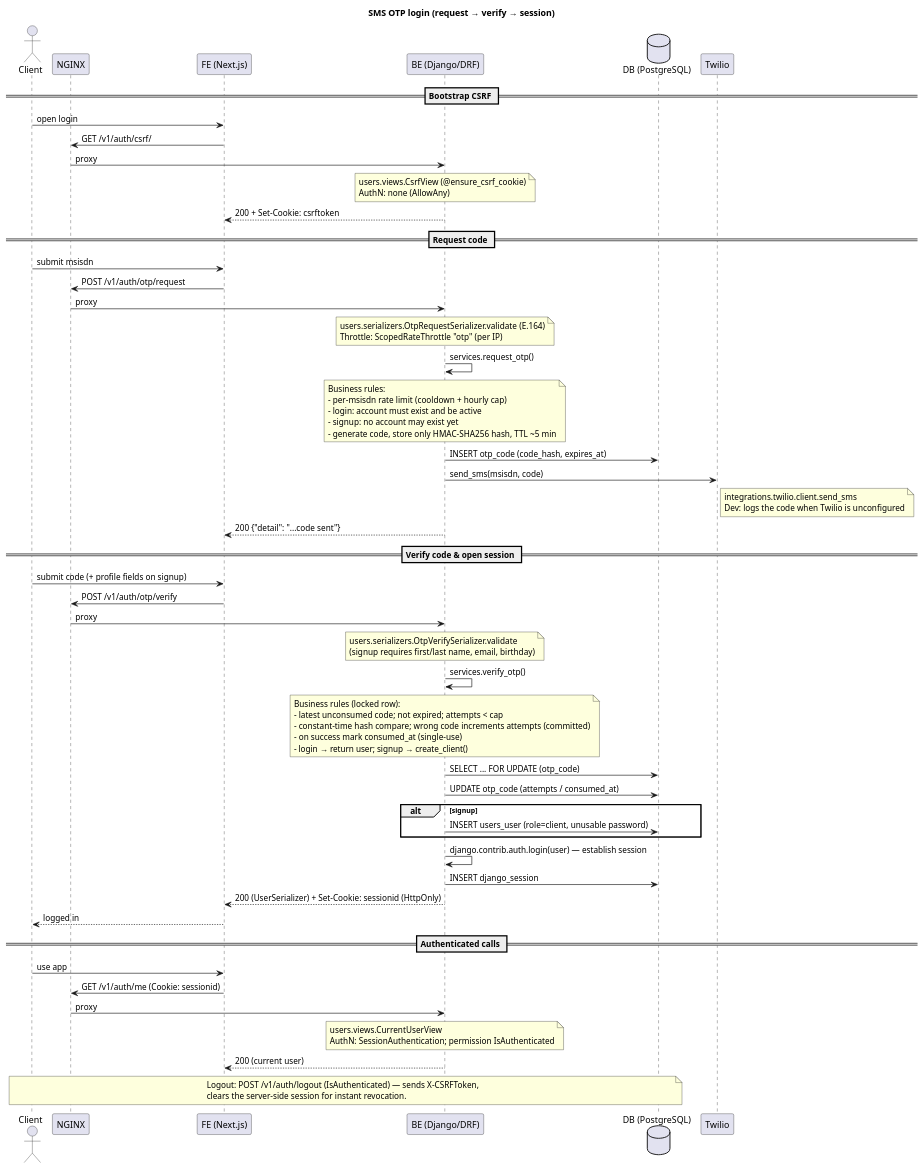
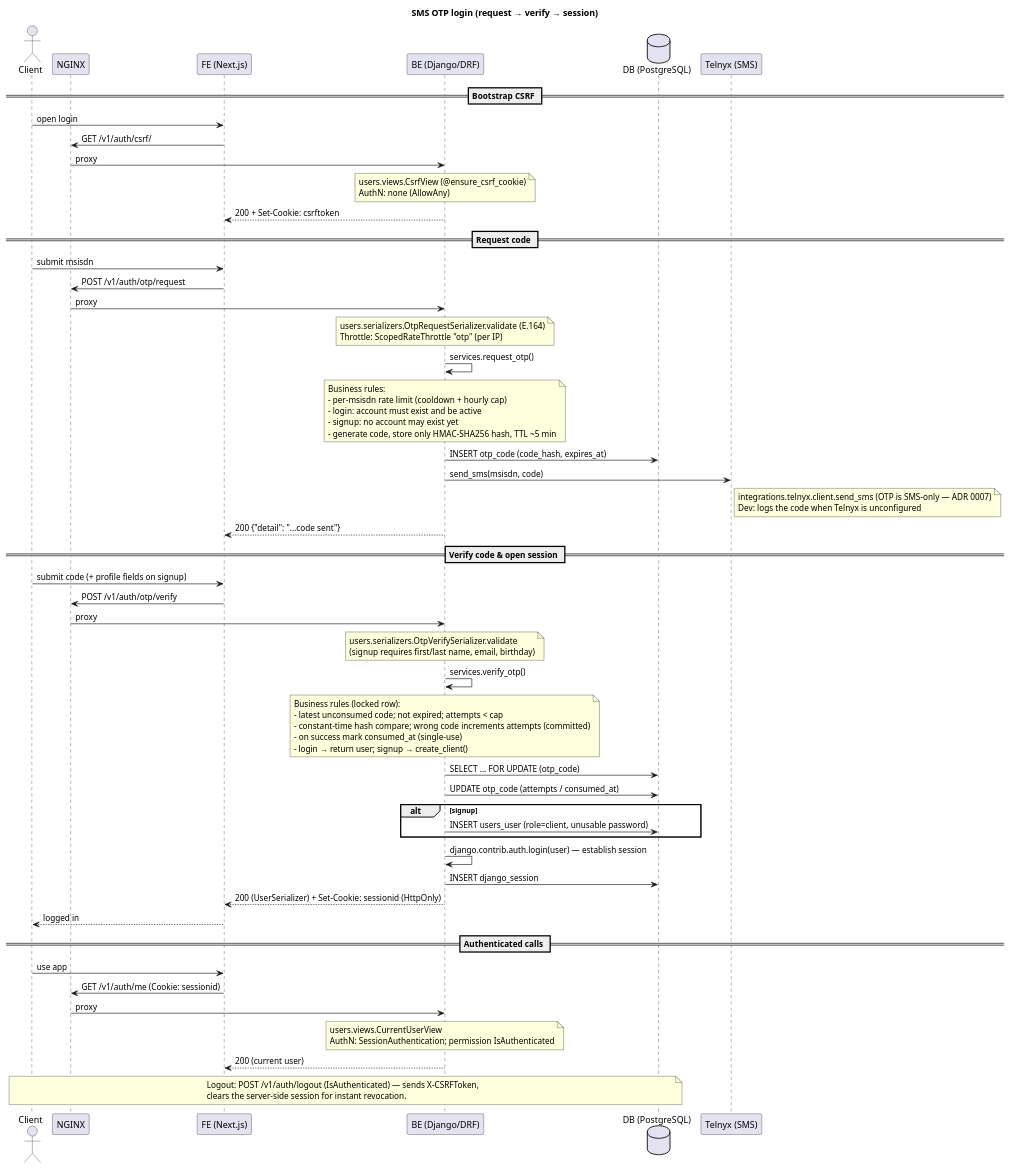
One commit to diogomaia00/beautystudio changed the diagram in docs/flows/login-otp.puml. Above: the diagram before and after it, drawn with PlantUML. The commit also changed 7 other files, not shown here.

Commit message:
doc: added new flows

```diff
--- a/docs/flows/login-otp.puml
+++ b/docs/flows/login-otp.puml
@@ -1,88 +1,88 @@
 @startuml
 title SMS OTP login (request → verify → session)
 
 actor Client
 participant "NGINX" as NGINX
 participant "FE (Next.js)" as FE
 participant "BE (Django/DRF)" as BE
 database "DB (PostgreSQL)" as DB
-participant "Twilio" as SMS
+participant "Telnyx (SMS)" as SMS
 
 ' Same flow serves the client app (/v1/auth) and the BO (/bo/v1/auth);
 ' only authorization differs downstream (ADR 0002 & 0004).
 
 == Bootstrap CSRF ==
 Client -> FE : open login
 FE -> NGINX : GET /v1/auth/csrf/
 NGINX -> BE : proxy
 note over BE
   users.views.CsrfView (@ensure_csrf_cookie)
   AuthN: none (AllowAny)
 end note
 BE --> FE : 200 + Set-Cookie: csrftoken
 
 == Request code ==
 Client -> FE : submit msisdn
 FE -> NGINX : POST /v1/auth/otp/request
 NGINX -> BE : proxy
 note over BE
   users.serializers.OtpRequestSerializer.validate (E.164)
   Throttle: ScopedRateThrottle "otp" (per IP)
 end note
 BE -> BE : services.request_otp()
 note over BE
   Business rules:
   - per-msisdn rate limit (cooldown + hourly cap)
   - login: account must exist and be active
   - signup: no account may exist yet
   - generate code, store only HMAC-SHA256 hash, TTL ~5 min
 end note
 BE -> DB : INSERT otp_code (code_hash, expires_at)
 BE -> SMS : send_sms(msisdn, code)
 note right of SMS
-  integrations.twilio.client.send_sms
-  Dev: logs the code when Twilio is unconfigured
+  integrations.telnyx.client.send_sms (OTP is SMS-only — ADR 0007)
+  Dev: logs the code when Telnyx is unconfigured
 end note
 BE --> FE : 200 {"detail": "...code sent"}
 
 == Verify code & open session ==
 Client -> FE : submit code (+ profile fields on signup)
 FE -> NGINX : POST /v1/auth/otp/verify
 NGINX -> BE : proxy
 note over BE
   users.serializers.OtpVerifySerializer.validate
   (signup requires first/last name, email, birthday)
 end note
 BE -> BE : services.verify_otp()
 note over BE
   Business rules (locked row):
   - latest unconsumed code; not expired; attempts < cap
   - constant-time hash compare; wrong code increments attempts (committed)
   - on success mark consumed_at (single-use)
   - login → return user; signup → create_client()
 end note
 BE -> DB : SELECT ... FOR UPDATE (otp_code)
 BE -> DB : UPDATE otp_code (attempts / consumed_at)
 alt signup
   BE -> DB : INSERT users_user (role=client, unusable password)
 end
 BE -> BE : django.contrib.auth.login(user) — establish session
 BE -> DB : INSERT django_session
 BE --> FE : 200 (UserSerializer) + Set-Cookie: sessionid (HttpOnly)
 FE --> Client : logged in
 
 == Authenticated calls ==
 Client -> FE : use app
 FE -> NGINX : GET /v1/auth/me (Cookie: sessionid)
 NGINX -> BE : proxy
 note over BE
   users.views.CurrentUserView
   AuthN: SessionAuthentication; permission IsAuthenticated
 end note
 BE --> FE : 200 (current user)
 
 note over Client, DB
   Logout: POST /v1/auth/logout (IsAuthenticated) — sends X-CSRFToken,
   clears the server-side session for instant revocation.
 end note
 @enduml
```
